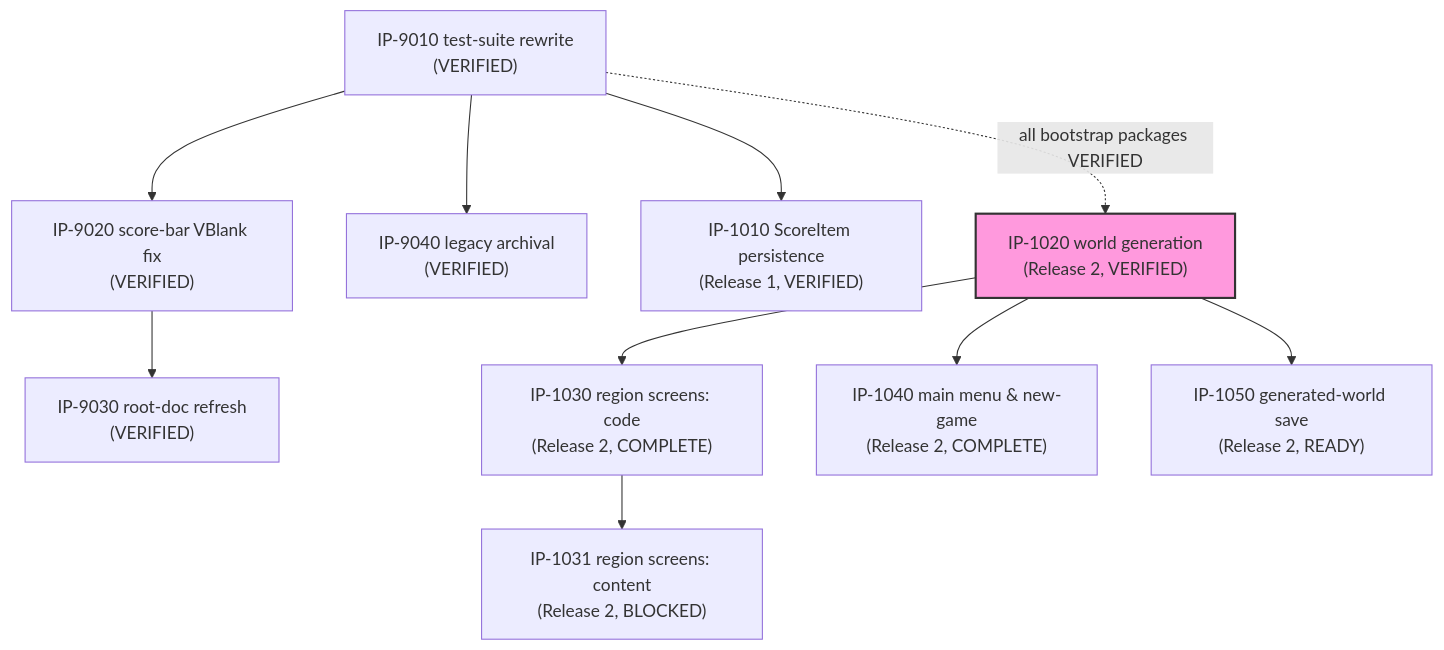
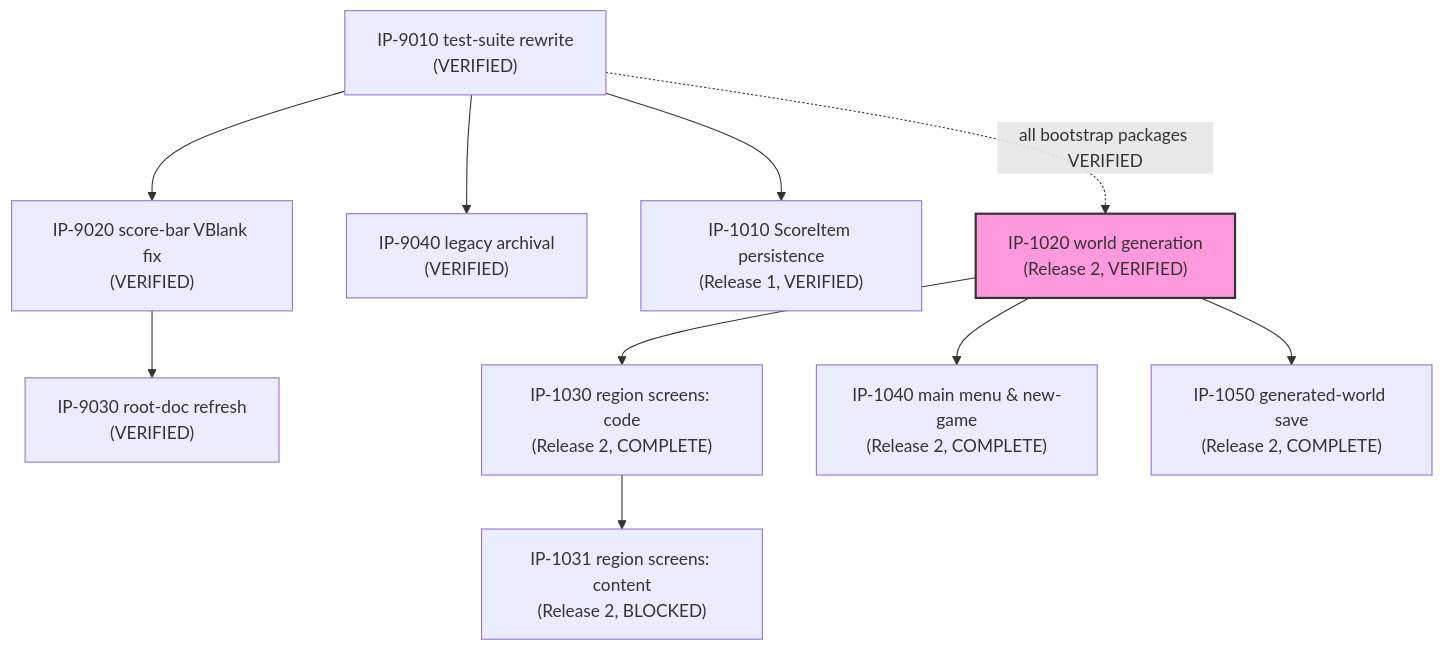
Before and after one commit to Zabin/RsGame: the diagram in docs/implementation/00-master-build-plan.md, drawn with Mermaid. The commit also changed other lines of this file and 8 other files, not shown here.

````diff
--- a/docs/implementation/00-master-build-plan.md
+++ b/docs/implementation/00-master-build-plan.md
@@ -40,25 +40,25 @@
 ```mermaid
 graph TD
     IP9010["IP-9010 test-suite rewrite<br/>(VERIFIED)"]
     IP9020["IP-9020 score-bar VBlank fix<br/>(VERIFIED)"]
     IP9030["IP-9030 root-doc refresh<br/>(VERIFIED)"]
     IP9040["IP-9040 legacy archival<br/>(VERIFIED)"]
     IP1010["IP-1010 ScoreItem persistence<br/>(Release 1, VERIFIED)"]
     IP9010 --> IP9020
     IP9010 --> IP9040
     IP9010 --> IP1010
     IP9020 --> IP9030
 
     IP1020["IP-1020 world generation<br/>(Release 2, VERIFIED)"]
     IP1030["IP-1030 region screens: code<br/>(Release 2, COMPLETE)"]
     IP1031["IP-1031 region screens: content<br/>(Release 2, BLOCKED)"]
     IP1040["IP-1040 main menu & new-game<br/>(Release 2, COMPLETE)"]
-    IP1050["IP-1050 generated-world save<br/>(Release 2, READY)"]
+    IP1050["IP-1050 generated-world save<br/>(Release 2, COMPLETE)"]
     IP9010 -.all bootstrap packages VERIFIED.-> IP1020
     IP1020 --> IP1030
     IP1030 --> IP1031
     IP1020 --> IP1040
     IP1020 --> IP1050
 
     style IP1020 fill:#f9d,stroke:#333,stroke-width:2px
 ```
````
